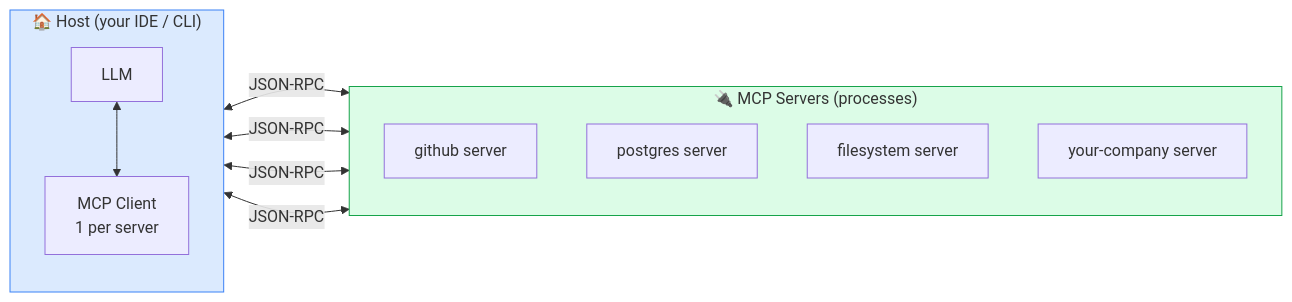
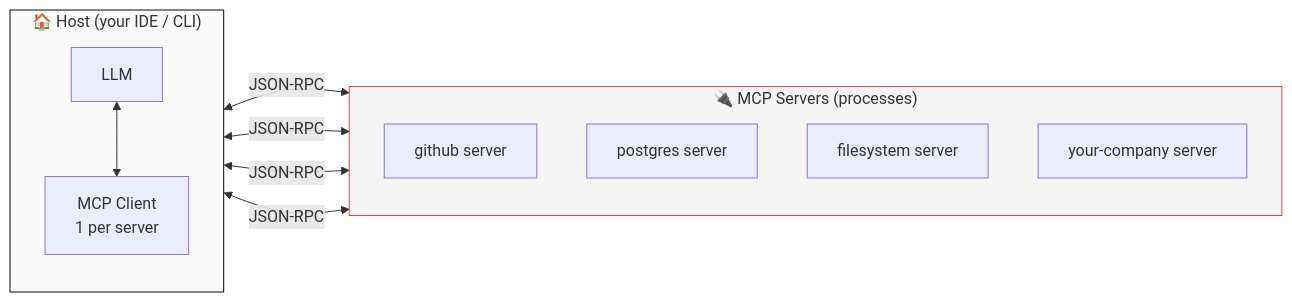
Before and after one commit to Isfhan/learn-agentic-coding: the diagram in steps/09-mcp-introduction.md, drawn with Mermaid. The commit also changed other lines of this file and 33 other files, not shown here.

````diff
--- a/steps/09-mcp-introduction.md
+++ b/steps/09-mcp-introduction.md
@@ -60,25 +60,25 @@
 ```mermaid
 flowchart LR
     subgraph Host["🏠 Host (your IDE / CLI)"]
         direction TB
         LLM[LLM]
         MC[MCP Client<br/>1 per server]
     end
 
     subgraph Servers["🔌 MCP Servers (processes)"]
         direction TB
         S1[github server]
         S2[postgres server]
         S3[filesystem server]
         S4[your-company server]
     end
 
     LLM <--> MC
     MC <-->|JSON-RPC| S1
     MC <-->|JSON-RPC| S2
     MC <-->|JSON-RPC| S3
     MC <-->|JSON-RPC| S4
 
-    style Host fill:#dbeafe,stroke:#3b82f6
-    style Servers fill:#dcfce7,stroke:#16a34a
+    style Host fill:#FAFAFA,stroke:#0A0A0A
+    style Servers fill:#F5F5F5,stroke:#EF4444
 ```
````
